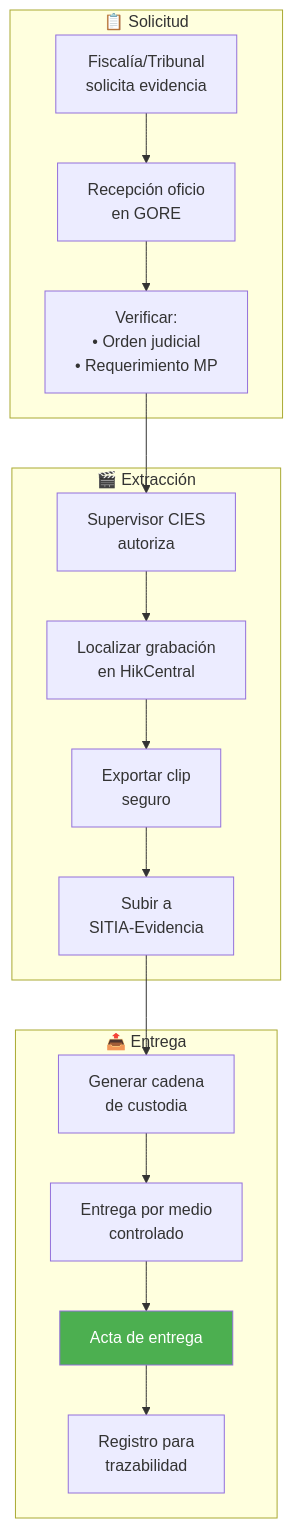
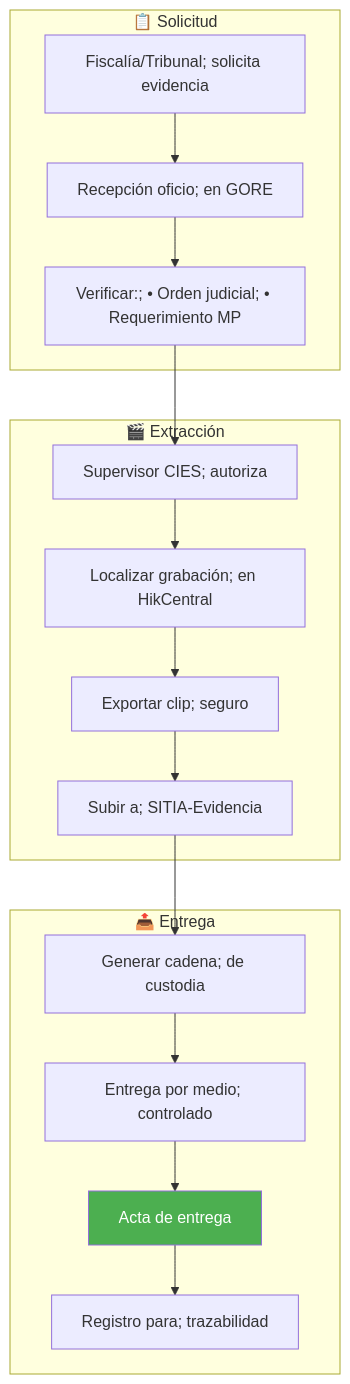
The fourth of 8 diagrams in drafts/gn/bpmn/bpmn-d09-cies-sitia.md (felix-antonio-sl/kora), drawn with Mermaid before and after one commit. The commit also changed other lines of this file and 265 other files, not shown here.

````diff
--- a/drafts/gn/bpmn/bpmn-d09-cies-sitia.md
+++ b/drafts/gn/bpmn/bpmn-d09-cies-sitia.md
@@ -175,22 +199,26 @@
 ```mermaid
 flowchart TD
-    subgraph SOLICITUD["📋 Solicitud"]
-        A["Fiscalía/Tribunal<br/>solicita evidencia"]
-        B["Recepción oficio<br/>en GORE"]
-        C["Verificar:<br/>• Orden judicial<br/>• Requerimiento MP"]
-    end
-    subgraph EXTRACCION["🎬 Extracción"]
-        D["Supervisor CIES<br/>autoriza"]
-        E["Localizar grabación<br/>en HikCentral"]
-        F["Exportar clip<br/>seguro"]
-        G["Subir a<br/>SITIA-Evidencia"]
-    end
-    subgraph ENTREGA["📤 Entrega"]
-        H["Generar cadena<br/>de custodia"]
-        I["Entrega por medio<br/>controlado"]
-        J["Acta de entrega"]
-        K["Registro para<br/>trazabilidad"]
-    end
-    A --> B --> C --> D --> E --> F --> G --> H --> I --> J --> K
-    style J fill:#4CAF50,color:#fff
+ subgraph SOLICITUD["📋 Solicitud"]
+ A["Fiscalía/Tribunal; solicita evidencia"]
+ B["Recepción oficio; en GORE"]
+ C["Verificar:; • Orden judicial; • Requerimiento MP"]
+ end
+
+ subgraph EXTRACCION["🎬 Extracción"]
+ D["Supervisor CIES; autoriza"]
+ E["Localizar grabación; en HikCentral"]
+ F["Exportar clip; seguro"]
+ G["Subir a; SITIA-Evidencia"]
+ end
+
+ subgraph ENTREGA["📤 Entrega"]
+ H["Generar cadena; de custodia"]
+ I["Entrega por medio; controlado"]
+ J["Acta de entrega"]
+ K["Registro para; trazabilidad"]
+ end
+
+ A --> B --> C --> D --> E --> F --> G --> H --> I --> J --> K
+
+ style J fill:#4CAF50,color:#fff
 ```
````
